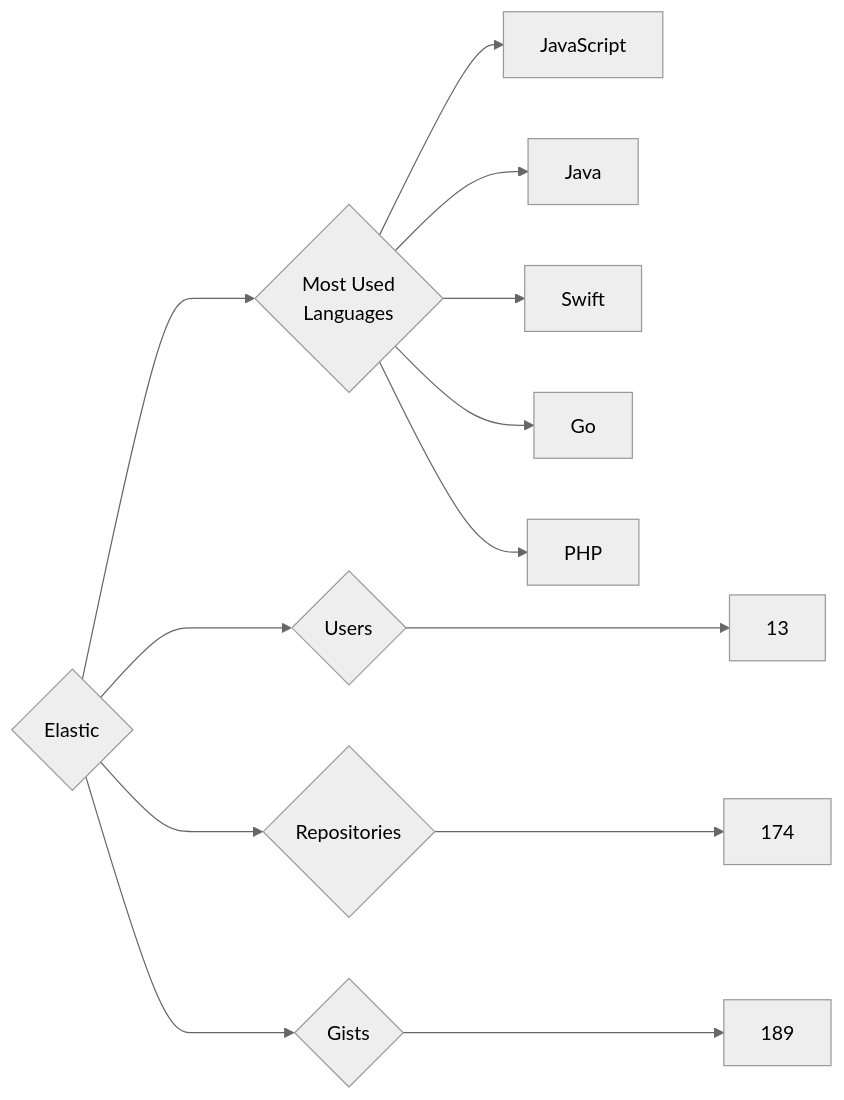
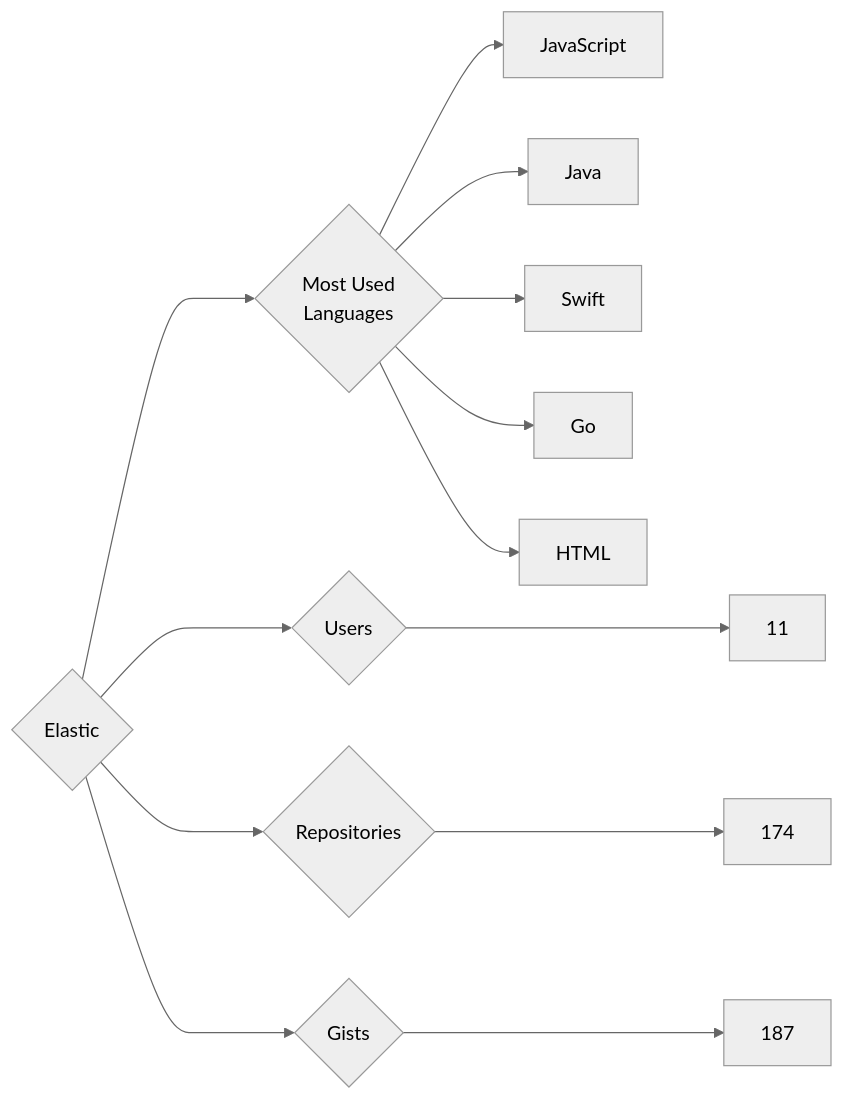
The diagram in targets/Elastic/README.md (trickest/insiders), drawn with Mermaid (neutral theme) before and after one commit. The commit also changed 1007 other files, not shown here.

````diff
--- a/targets/Elastic/README.md
+++ b/targets/Elastic/README.md
@@ -3,13 +3,13 @@
 ```mermaid
 graph LR
 COMPANY_NAME{Elastic}
-COMPANY_NAME ---> U{Users} ---> UN[13]
+COMPANY_NAME ---> U{Users} ---> UN[11]
 COMPANY_NAME ---> R{Repositories} ---> RN[174]
-COMPANY_NAME ---> G{Gists} ---> GN[189]
+COMPANY_NAME ---> G{Gists} ---> GN[187]
 COMPANY_NAME ---> ML{Most Used<br>Languages}
 ML --> JavaScript[JavaScript]
 ML --> Java[Java]
 ML --> Swift[Swift]
 ML --> Go[Go]
-ML --> PHP[PHP]
+ML --> HTML[HTML]
 ```
````
